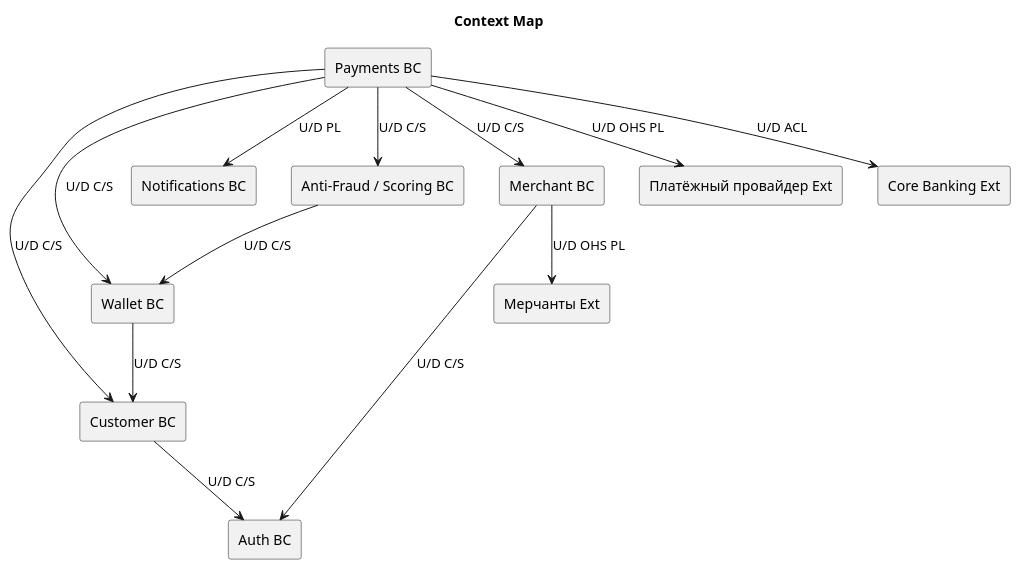
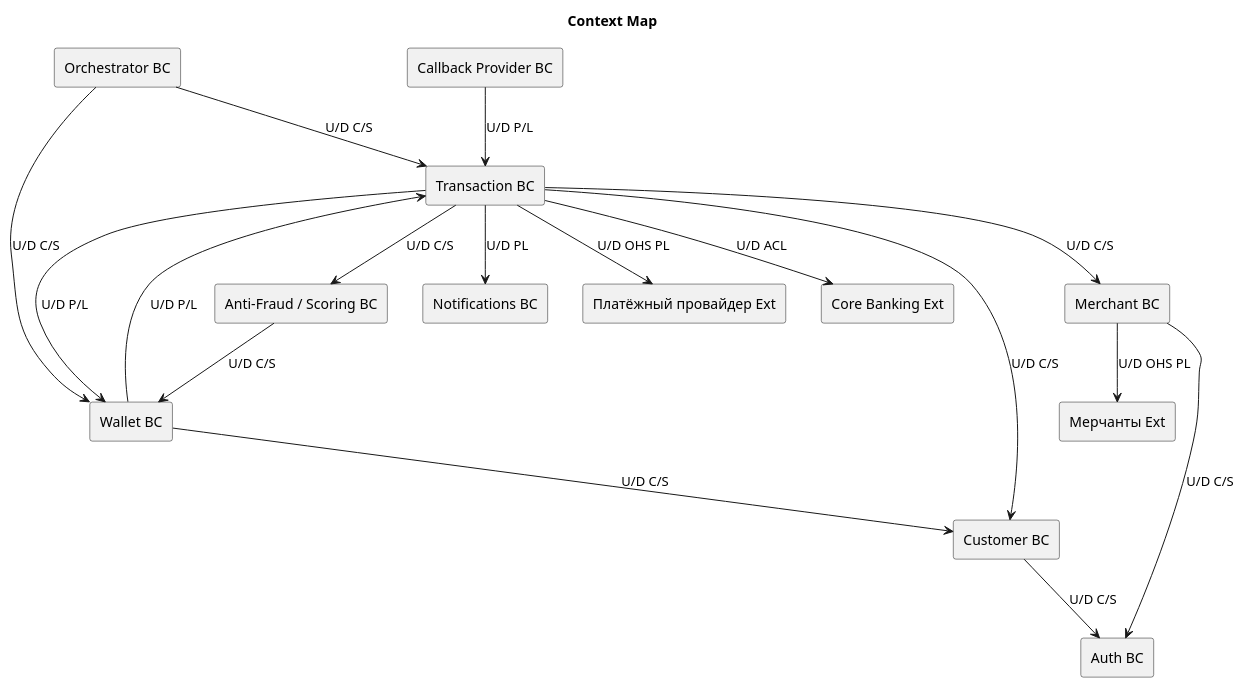
The diagram in payment/context_map.puml (NerouN1919/SDIA), drawn with PlantUML before and after one commit. The commit also changed 18 other files, not shown here.

```diff
--- a/payment/context_map.puml
+++ b/payment/context_map.puml
@@ -1,32 +1,38 @@
 @startuml
 
 title Context Map
 
 ' BC
 rectangle "Customer BC" as customer
 rectangle "Wallet BC" as wallet
-rectangle "Payments BC" as payments
+rectangle "Transaction BC" as payments
 rectangle "Notifications BC" as notifications
 rectangle "Anti-Fraud / Scoring BC" as anti_fraud
 rectangle "Merchant BC" as merchant
 rectangle "Auth BC" as auth
+rectangle "Orchestrator BC" as orchestrator
+rectangle "Callback Provider BC" as callback_provider
 
 ' Внешние сервисы
 rectangle "Платёжный провайдер Ext" as payment_provider
 rectangle "Мерчанты Ext" as merchant_ext
 rectangle "Core Banking Ext" as core_banking
 
 ' Связи
-payments --> wallet: U/D C/S
+orchestrator --> payments: U/D C/S
+orchestrator --> wallet: U/D C/S
+payments --> wallet: U/D P/L
+wallet --> payments: U/D P/L
 payments --> core_banking: U/D ACL
 payments --> notifications: U/D PL
 payments --> anti_fraud: U/D C/S
 payments --> merchant: U/D C/S
 payments --> customer: U/D C/S
 wallet --> customer: U/D C/S
 merchant --> merchant_ext: U/D OHS PL
 payments --> payment_provider: U/D OHS PL
 anti_fraud --> wallet: U/D C/S
 customer --> auth: U/D C/S
 merchant --> auth: U/D C/S
+callback_provider --> payments: U/D P/L
 @enduml
```
